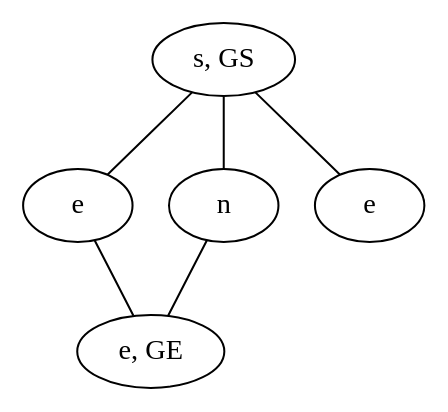
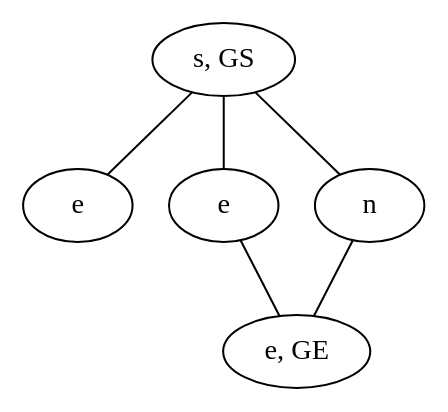
The diagram in data/VGLC/Zelda/rules/1/0_S-E.dot (schrum2/MM-NEAT), drawn with Graphviz before and after one commit. The commit also changed 53 other files, not shown here.

```diff
--- a/data/VGLC/Zelda/rules/1/0_S-E.dot
+++ b/data/VGLC/Zelda/rules/1/0_S-E.dot
@@ -1,12 +1,12 @@
 graph {
-ZjCH [label="s, GS"]
-YISp [label="e, GE"]
-ggJE [label="e"]
-kvpT [label="n"]
-RBUb [label="e"]
-ZjCH -- ggJE
-ZjCH -- kvpT
-ZjCH -- RBUb
-ggJE -- YISp
-kvpT -- YISp
+gtdL [label="s, GS"]
+dtyK [label="e, GE"]
+ogDP [label="e"]
+YbCA [label="e"]
+mbdz [label="n"]
+gtdL -- ogDP
+gtdL -- YbCA
+gtdL -- mbdz
+YbCA -- dtyK
+mbdz -- dtyK
 }
```
